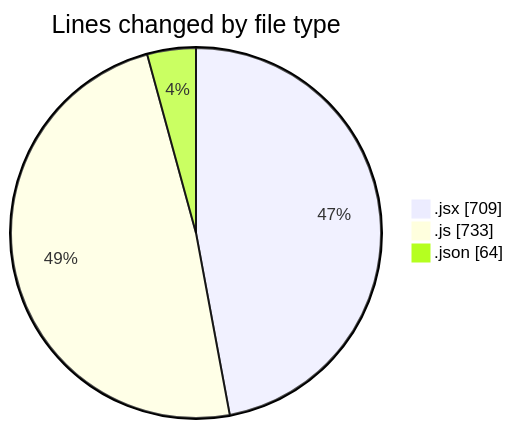
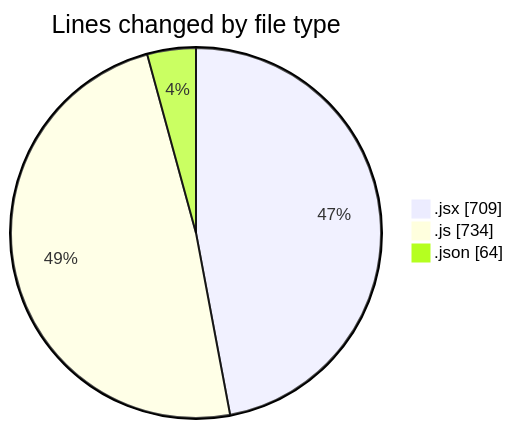
The first of 2 diagrams in 2025-11-05/nxtqube_webapp/README.md (nxtqubesakshisongat/code-tracking), drawn with Mermaid before and after one commit. The commit also changed other lines of this file and 1 other file, not shown here.

````diff
--- a/2025-11-05/nxtqube_webapp/README.md
+++ b/2025-11-05/nxtqube_webapp/README.md
@@ -27,7 +27,7 @@
 ```mermaid
 pie showData
 title Lines changed by file type
 ".jsx" : 709
-".js" : 733
+".js" : 734
 ".json" : 64
 ```
````
